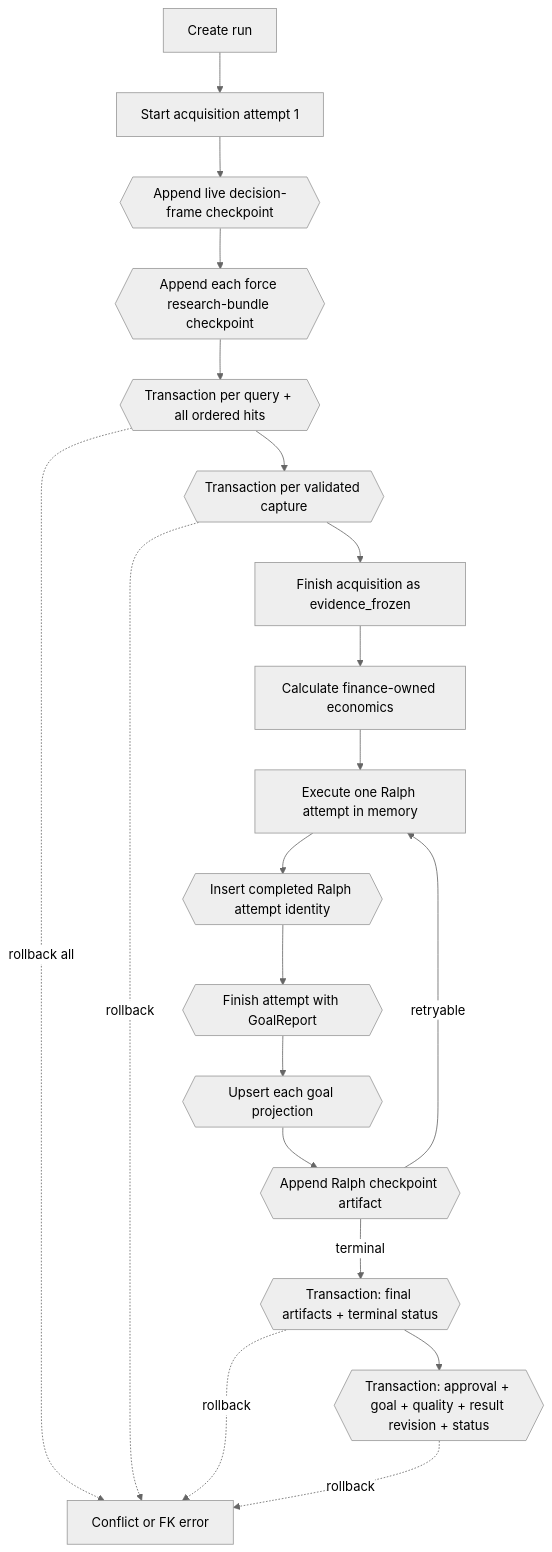
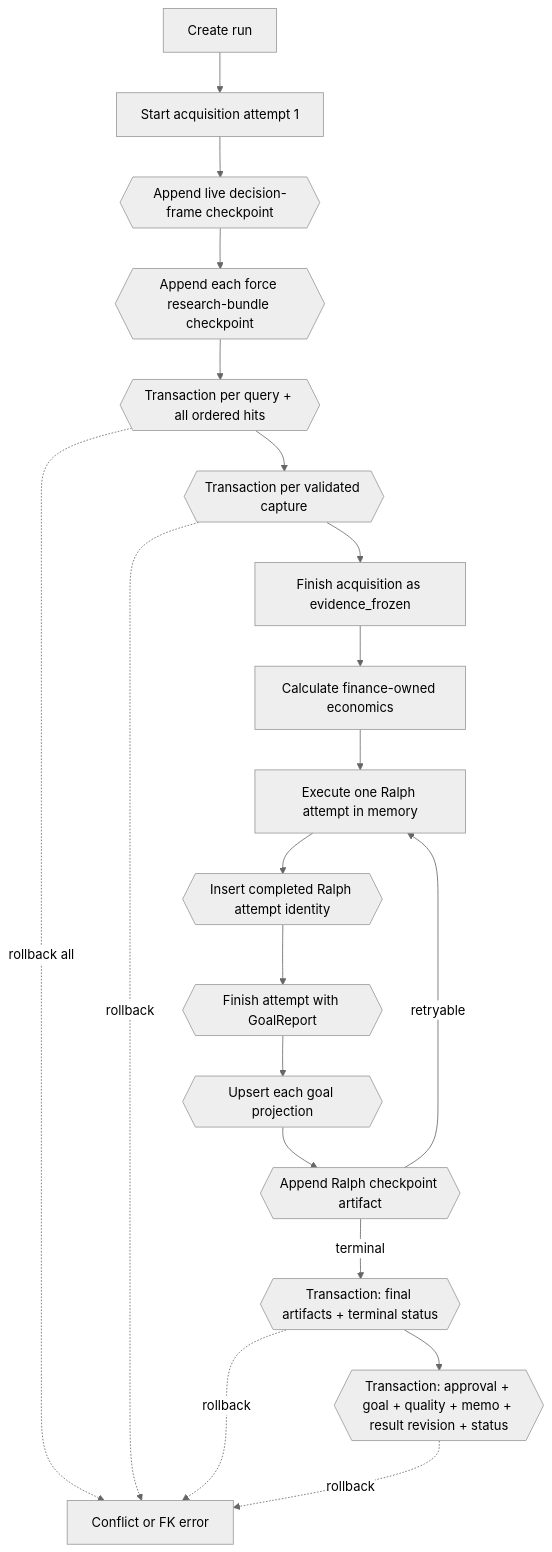
The second of 2 diagrams in docs/technical/adr/003-sqlite-run-store.md (sw30labs/PorterForcesAI), drawn with Mermaid (neutral theme) before and after one commit. The commit also changed other lines of this file and 12 other files, not shown here.

````diff
--- a/docs/technical/adr/003-sqlite-run-store.md
+++ b/docs/technical/adr/003-sqlite-run-store.md
@@ -126,23 +141,23 @@
 ```mermaid
 flowchart TD
     R[Create run] --> A[Start acquisition attempt 1]
     A --> D{{Append live decision-frame checkpoint}}
     D --> B{{Append each force research-bundle checkpoint}}
     B --> Q{{Transaction per query + all ordered hits}}
     Q --> C{{Transaction per validated capture}}
     C --> Z[Finish acquisition as evidence_frozen]
     Z --> E[Calculate finance-owned economics]
     E --> W[Execute one Ralph attempt in memory]
     W --> X1{{Insert completed Ralph attempt identity}}
     X1 --> X2{{Finish attempt with GoalReport}}
     X2 --> G{{Upsert each goal projection}}
     G --> K{{Append Ralph checkpoint artifact}}
     K -->|retryable| W
     K -->|terminal| F{{Transaction: final artifacts + terminal status}}
-    F --> P{{Transaction: approval + goal + quality + result revision + status}}
+    F --> P{{Transaction: approval + goal + quality + memo + result revision + status}}
 
     Q -. rollback all .-> ERR[Conflict or FK error]
     C -. rollback .-> ERR
     F -. rollback .-> ERR
     P -. rollback .-> ERR
 ```
````
